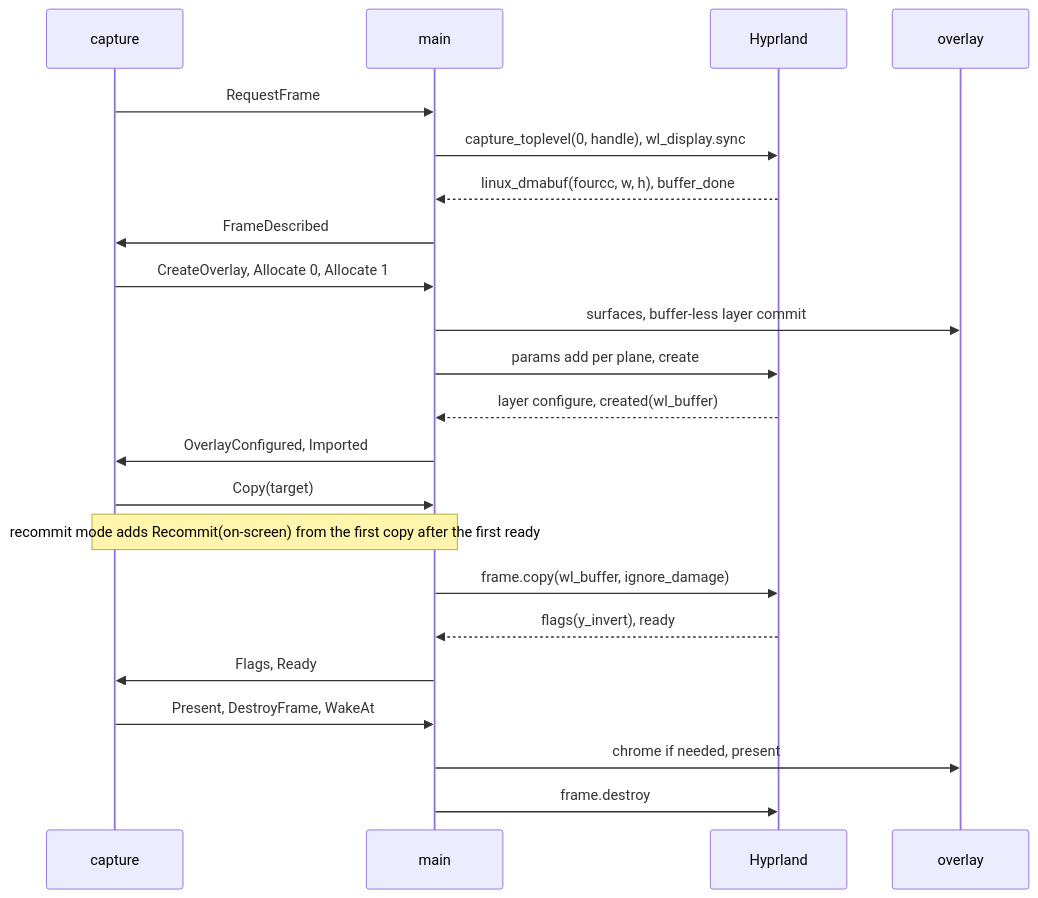
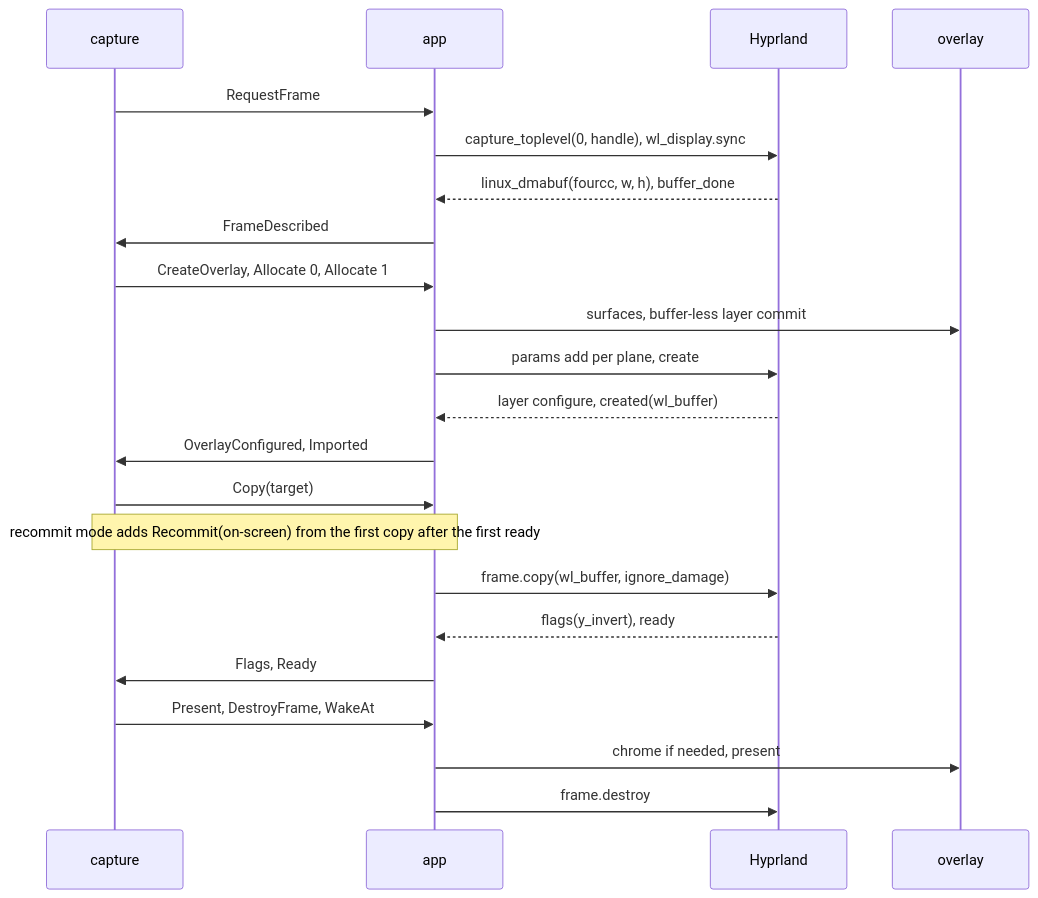
One commit to greg2010/hypr-eve-preview changed the diagram in docs/rendering.md. Above: the diagram before and after it, drawn with Mermaid. The commit also changed other lines of this file and 4 other files, not shown here.

````diff
--- a/docs/rendering.md
+++ b/docs/rendering.md
@@ -19,24 +19,24 @@
 ```mermaid
 sequenceDiagram
     participant C as capture
-    participant M as main
+    participant M as app
     participant H as Hyprland
     participant O as overlay
     C->>M: RequestFrame
     M->>H: capture_toplevel(0, handle), wl_display.sync
     H-->>M: linux_dmabuf(fourcc, w, h), buffer_done
     M->>C: FrameDescribed
     C->>M: CreateOverlay, Allocate 0, Allocate 1
     M->>O: surfaces, buffer-less layer commit
     M->>H: params add per plane, create
     H-->>M: layer configure, created(wl_buffer)
     M->>C: OverlayConfigured, Imported
     C->>M: Copy(target)
     Note over C,M: recommit mode adds Recommit(on-screen) from the first copy after the first ready
     M->>H: frame.copy(wl_buffer, ignore_damage)
     H-->>M: flags(y_invert), ready
     M->>C: Flags, Ready
     C->>M: Present, DestroyFrame, WakeAt
     M->>O: chrome if needed, present
     M->>H: frame.destroy
 ```
````
